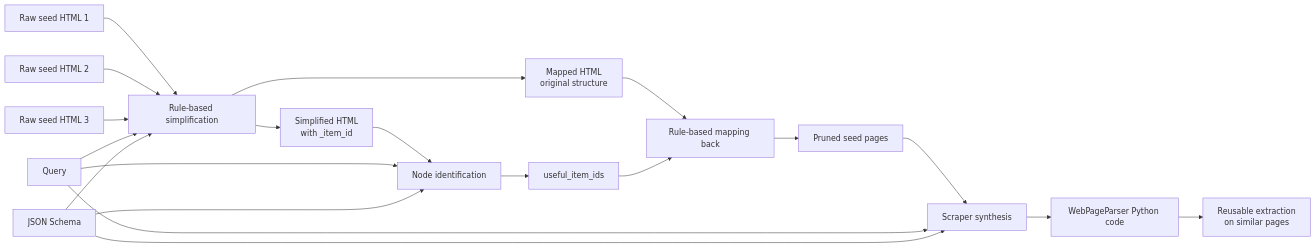
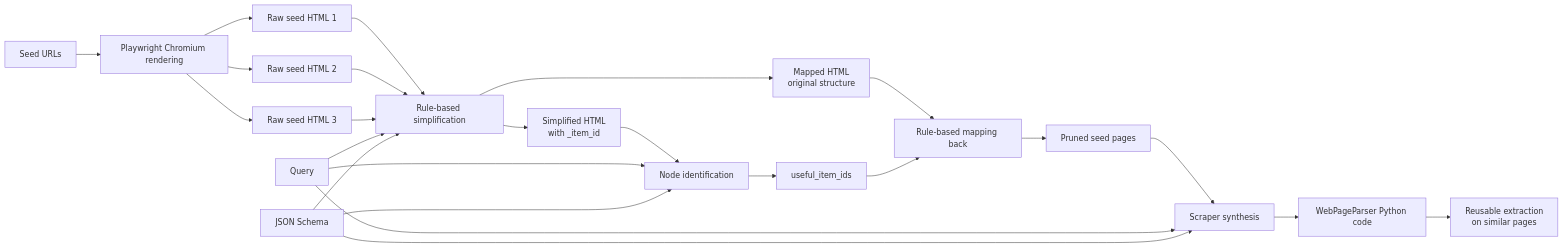
Before and after one commit to Ambition-0303/Co-Scraper: the diagram in README.md, drawn with Mermaid. The commit also changed other lines of this file and 7 other files, not shown here.

````diff
--- a/README.md
+++ b/README.md
@@ -49,27 +51,31 @@
 ```mermaid
 flowchart LR
-    A[Raw seed HTML 1] --> P[Rule-based simplification]
-    B[Raw seed HTML 2] --> P
-    C[Raw seed HTML 3] --> P
+    U[Seed URLs] --> R[Playwright Chromium rendering]
+    R --> A[Raw seed HTML 1]
+    R --> B[Raw seed HTML 2]
+    R --> C[Raw seed HTML 3]
+    A --> P[Rule-based simplification]
+    B --> P
+    C --> P
     Q[Query] --> P
     S[JSON Schema] --> P
 
     P --> D[Simplified HTML<br/>with _item_id]
     P --> E[Mapped HTML<br/>original structure]
 
     D --> L1[Node identification]
     Q --> L1
     S --> L1
     L1 --> F[useful_item_ids]
 
     E --> G[Rule-based mapping back]
     F --> G
     G --> H[Pruned seed pages]
 
     H --> L2[Scraper synthesis]
     Q --> L2
     S --> L2
     L2 --> I[WebPageParser Python code]
 
     I --> J[Reusable extraction<br/>on similar pages]
 ```
````
